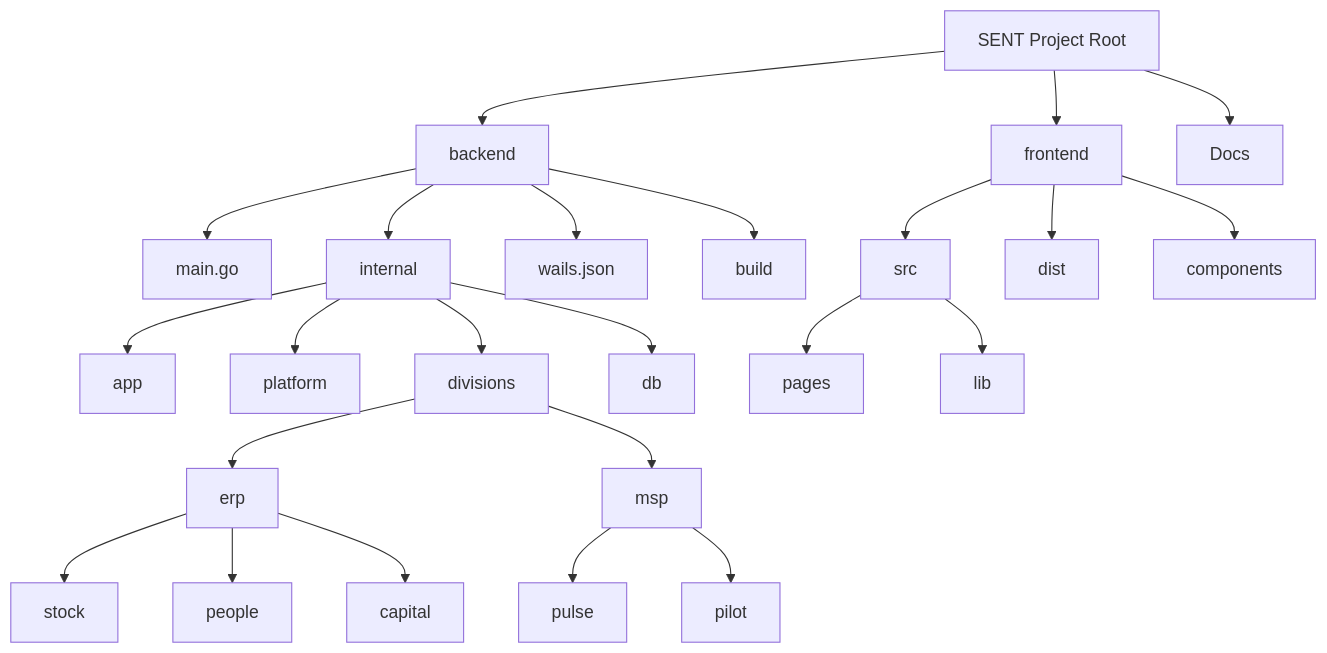
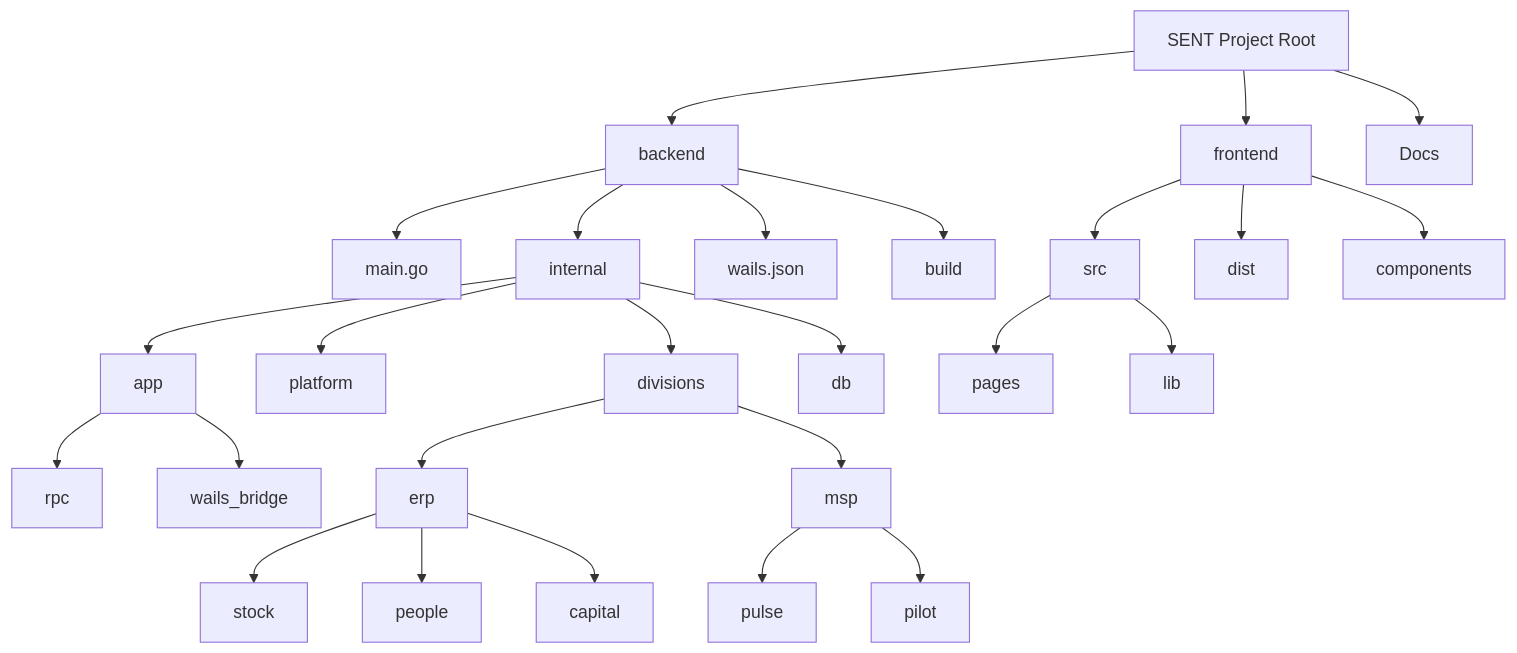
The diagram in Docs/PROJECT_MAP.md (Aziz-Hubs/SENT), drawn with Mermaid before and after one commit. The commit also changed 1 other file, not shown here.

Commit message:
docs: update implementation status and project map for RPC bridge

````diff
--- a/Docs/PROJECT_MAP.md
+++ b/Docs/PROJECT_MAP.md
@@ -3,33 +3,36 @@
 ```mermaid
 graph TD
     Root[SENT Project Root] --> Backend[backend]
     Root --> Frontend[frontend]
     Root --> Docs[Docs]
 
     Backend --> Main[main.go]
     Backend --> Internal[internal]
     Backend --> WailsConfig[wails.json]
     Backend --> BackendBuild[build]
 
     Internal --> App[app]
     Internal --> Platform[platform]
     Internal --> Divisions[divisions]
     Internal --> DB[db]
+    
+    App --> RPC[rpc]
+    App --> WailsBridge[wails_bridge]
     
     Divisions --> ERP[erp]
     Divisions --> MSP[msp]
     
     ERP --> Stock[stock]
     ERP --> People[people]
     ERP --> Capital[capital]
 
     MSP --> Pulse[pulse]
     MSP --> Pilot[pilot]
 
     Frontend --> Src[src]
     Frontend --> Dist[dist]
     Frontend --> Components[components]
     
     Src --> Pages[pages]
     Src --> Lib[lib]
 ```
````
